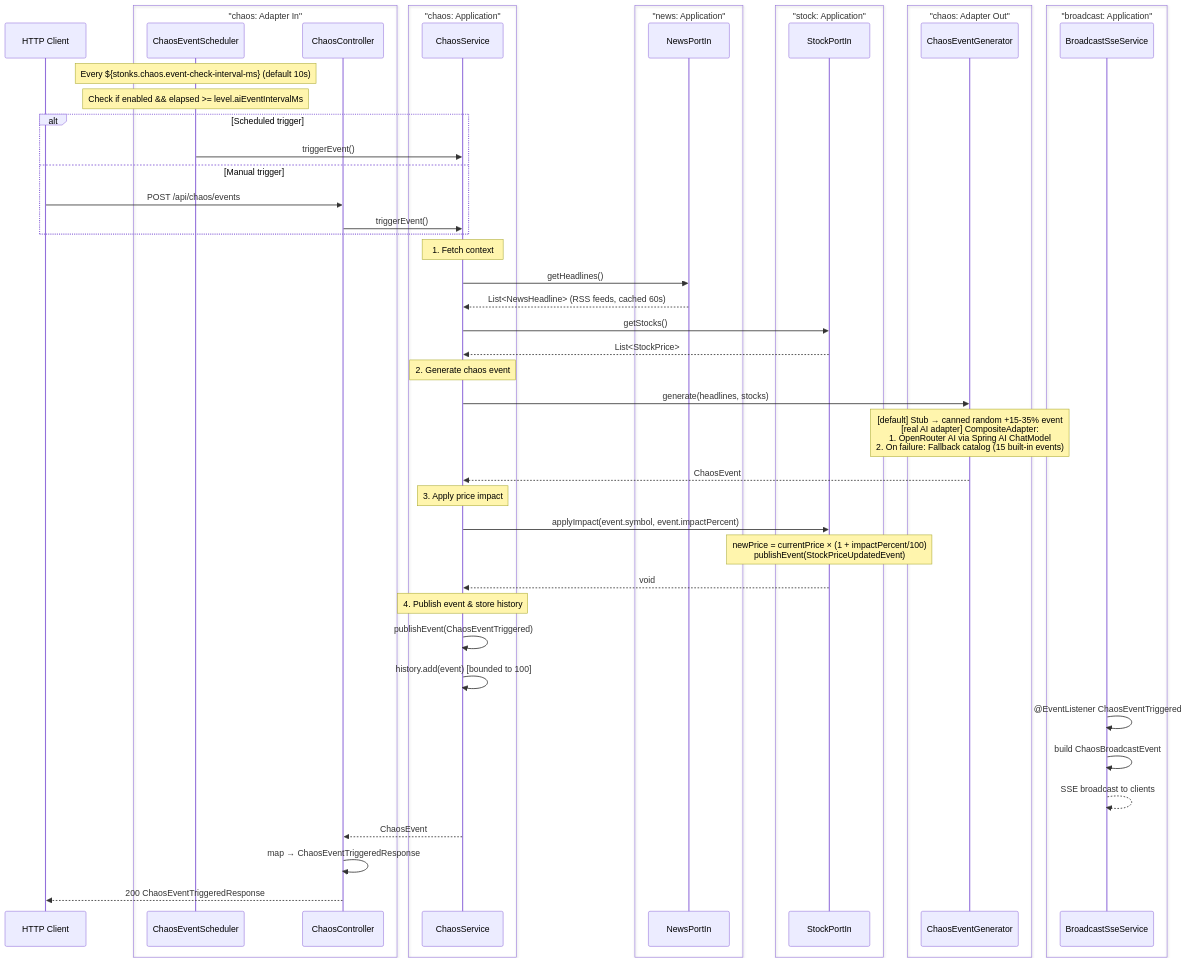
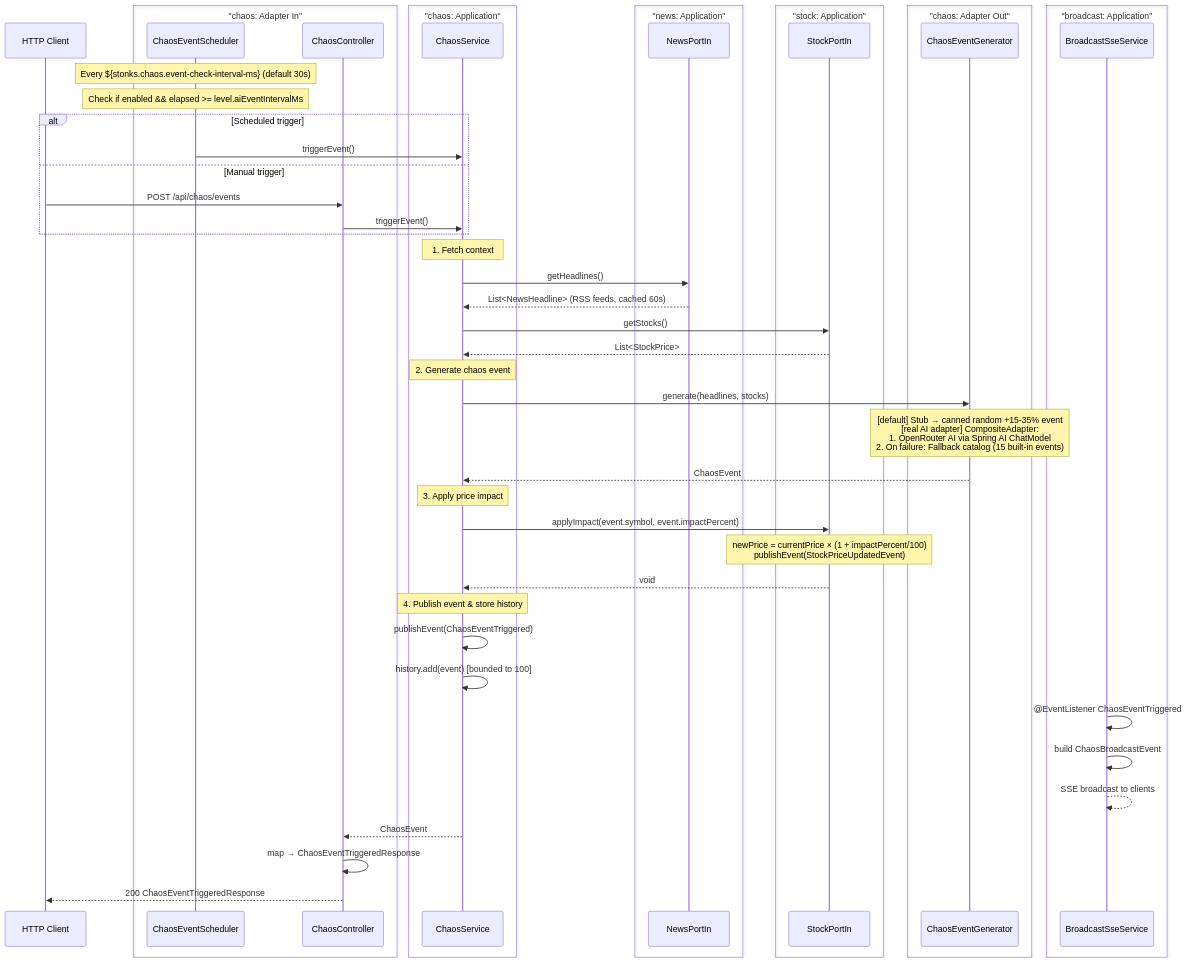
Diagram 16 of 22 in stonks_java/README.md (franBec/stonks-simulator), drawn with Mermaid before and after one commit. The commit also changed other lines of this file and 7 other files, not shown here.

Commit message:
feat: slow chaos AI event intervals and add Resilience4j rate limiting

````diff
--- a/stonks_java/README.md
+++ b/stonks_java/README.md
@@ -806,59 +806,59 @@
 ```mermaid
 sequenceDiagram
     participant Client as HTTP Client
     box "chaos: Adapter In"
     participant CES as ChaosEventScheduler
     participant CC as ChaosController
     end
     box "chaos: Application"
     participant CS as ChaosService
     end
     box "news: Application"
     participant NI as NewsPortIn
     end
     box "stock: Application"
     participant SI as StockPortIn
     end
     box "chaos: Adapter Out"
     participant CEG as ChaosEventGenerator
     end
     box "broadcast: Application"
     participant BSS as BroadcastSseService
     end
 
-    Note over CES: Every ${stonks.chaos.event-check-interval-ms} (default 10s)
+    Note over CES: Every ${stonks.chaos.event-check-interval-ms} (default 30s)
     Note over CES: Check if enabled && elapsed >= level.aiEventIntervalMs
 
     alt Scheduled trigger
         CES->>CS: triggerEvent()
     else Manual trigger
         Client->>CC: POST /api/chaos/events
         CC->>CS: triggerEvent()
     end
 
     Note over CS: 1. Fetch context
     CS->>NI: getHeadlines()
     NI-->>CS: List<NewsHeadline> (RSS feeds, cached 60s)
     CS->>SI: getStocks()
     SI-->>CS: List<StockPrice>
 
     Note over CS: 2. Generate chaos event
     CS->>CEG: generate(headlines, stocks)
     Note over CEG: [default] Stub → canned random +15-35% event<br/>[real AI adapter] CompositeAdapter:<br/>  1. OpenRouter AI via Spring AI ChatModel<br/>  2. On failure: Fallback catalog (15 built-in events)
     CEG-->>CS: ChaosEvent
 
     Note over CS: 3. Apply price impact
     CS->>SI: applyImpact(event.symbol, event.impactPercent)
     Note over SI: newPrice = currentPrice × (1 + impactPercent/100)<br/>publishEvent(StockPriceUpdatedEvent)
     SI-->>CS: void
 
     Note over CS: 4. Publish event & store history
     CS->>CS: publishEvent(ChaosEventTriggered)
     CS->>CS: history.add(event) [bounded to 100]
     BSS->>BSS: @EventListener ChaosEventTriggered
     BSS->>BSS: build ChaosBroadcastEvent
     BSS-->>BSS: SSE broadcast to clients
     CS-->>CC: ChaosEvent
     CC->>CC: map → ChaosEventTriggeredResponse
     CC-->>Client: 200 ChaosEventTriggeredResponse
 ```
````
